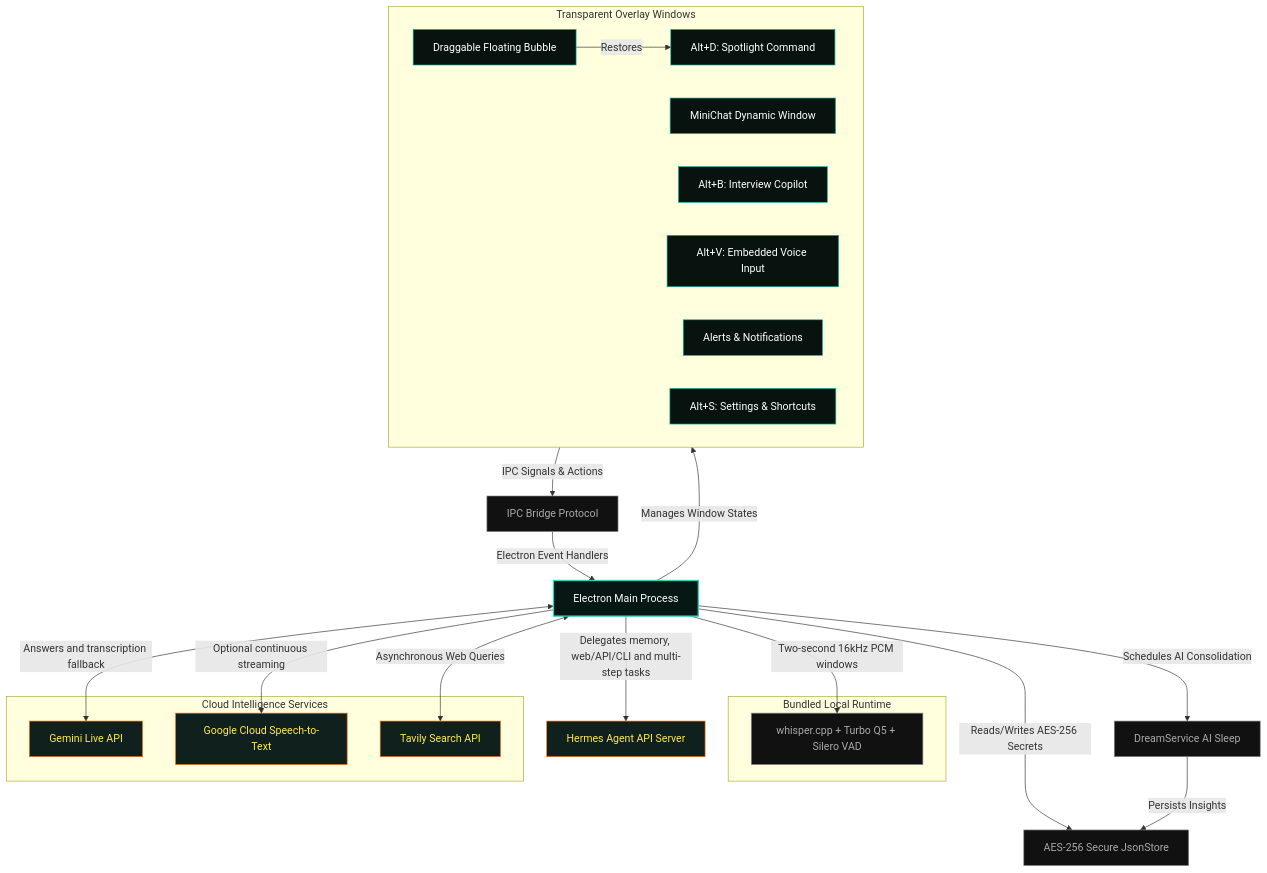
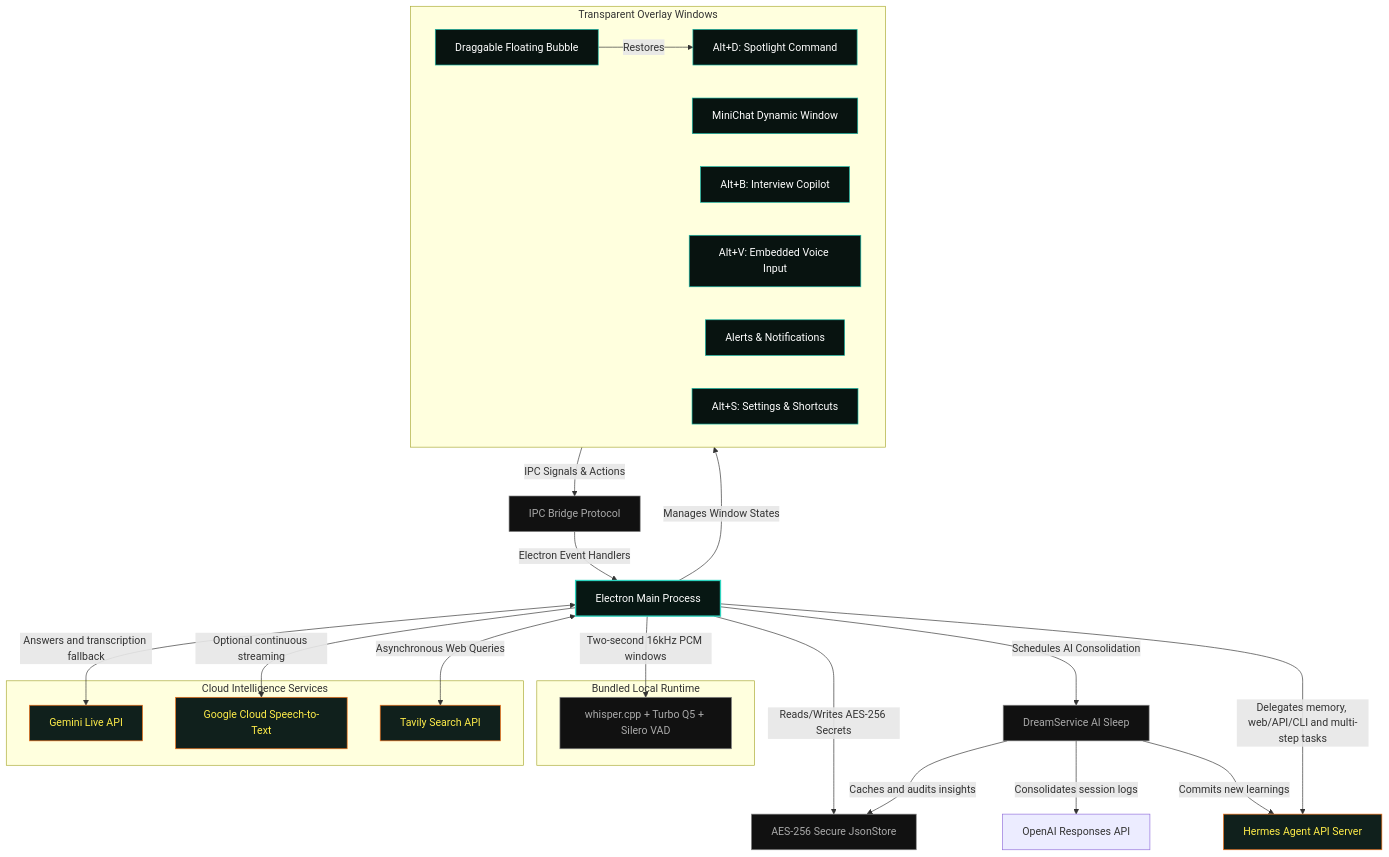
One commit to fbsis/hades-agent changed the diagram in README.md. Above: the diagram before and after it, drawn with Mermaid. The commit also changed other lines of this file, not shown here.

````diff
--- a/README.md
+++ b/README.md
@@ -192,48 +206,50 @@
 ```mermaid
 graph TD
     classDef main fill:#071713,stroke:#2dd4bf,stroke-width:2px,color:#fff;
     classDef float fill:#081310,stroke:#14b8a6,stroke-width:1px,color:#fff;
     classDef service fill:#111,stroke:#888,stroke-width:1px,color:#aaa;
     classDef external fill:#10201c,stroke:#f97316,stroke-width:1px,color:#ffed4a;
 
     Main[Electron Main Process]:::main
     
     subgraph UI_Layers [Transparent Overlay Windows]
         CommandBar[Alt+D: Spotlight Command]:::float
         MiniChat[MiniChat Dynamic Window]:::float
         Susurro[Alt+B: Interview Copilot]:::float
         Voice[Alt+V: Embedded Voice Input]:::float
         Bubble[Draggable Floating Bubble]:::float
         Notification[Alerts & Notifications]:::float
         Settings[Alt+S: Settings & Shortcuts]:::float
     end
     
     SSoT[IPC Bridge Protocol]:::service
     Store[AES-256 Secure JsonStore]:::service
     Dream[DreamService AI Sleep]:::service
     Hermes[Hermes Agent API Server]:::external
     
     subgraph Local_AI [Bundled Local Runtime]
         Whisper[whisper.cpp + Turbo Q5 + Silero VAD]:::service
     end
 
     subgraph Cloud_APIs [Cloud Intelligence Services]
         Gemini[Gemini Live API]:::external
         Speech[Google Cloud Speech-to-Text]:::external
         Tavily[Tavily Search API]:::external
     end
 
     Main -->|Manages Window States| UI_Layers
     Bubble -->|Restores| CommandBar
     UI_Layers -->|IPC Signals & Actions| SSoT
     SSoT -->|Electron Event Handlers| Main
     Main -->|Reads/Writes AES-256 Secrets| Store
     Main -->|Schedules AI Consolidation| Dream
-    Dream -->|Persists Insights| Store
+    Dream -->|Consolidates session logs| OpenAI[OpenAI Responses API]
+    Dream -->|Caches and audits insights| Store
+    Dream -->|Commits new learnings| Hermes
     Main -->|Delegates memory, web/API/CLI and multi-step tasks| Hermes
     
     Main -->|Two-second 16kHz PCM windows| Whisper
     Main -->|Optional continuous streaming| Speech
     Main <-->|Answers and transcription fallback| Gemini
     Main <-->|Asynchronous Web Queries| Tavily
 ```
````
